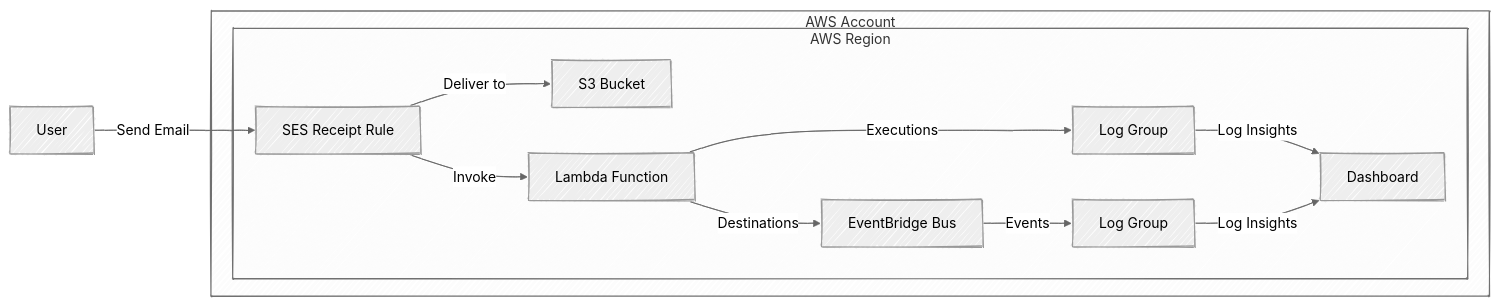
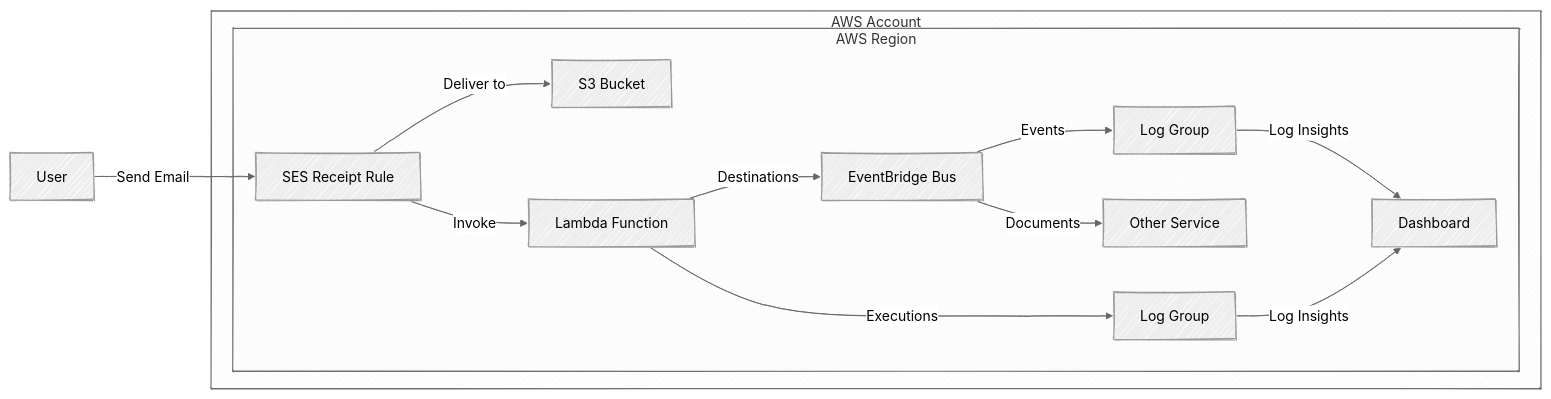
One commit to ServerlessNinja/aws-email-wrangler changed the diagram in README.md. Above: the diagram before and after it, drawn with Mermaid.

Commit message:
Diagram update

````diff
--- a/README.md
+++ b/README.md
@@ -20,28 +20,30 @@
 ```mermaid
 ---
 config:
   theme: neutral
   layout: dagre
   look: handDrawn
 ---
 flowchart LR
  subgraph AWS["AWS Account"]
     subgraph AWSR["AWS Region"]
         SES["SES Receipt Rule"]
         S3["S3 Bucket"]
         Lambda["Lambda Function"]
         EventBus["EventBridge Bus"]
+        OtherService["Other Service"]
         Logs1["Log Group"]
         Logs2["Log Group"]
         Dashboard["Dashboard"]
     end
   end
     User["User"] -- Send Email --> SES
     SES -- Deliver to --> S3
     SES -- Invoke --> Lambda
     Lambda -- Destinations --> EventBus
     Lambda -- Executions --> Logs1
     EventBus -- Events --> Logs2
+    EventBus -- Documents --> OtherService
     Logs1 -- Log Insights --> Dashboard
     Logs2 -- Log Insights --> Dashboard
 ```
````
